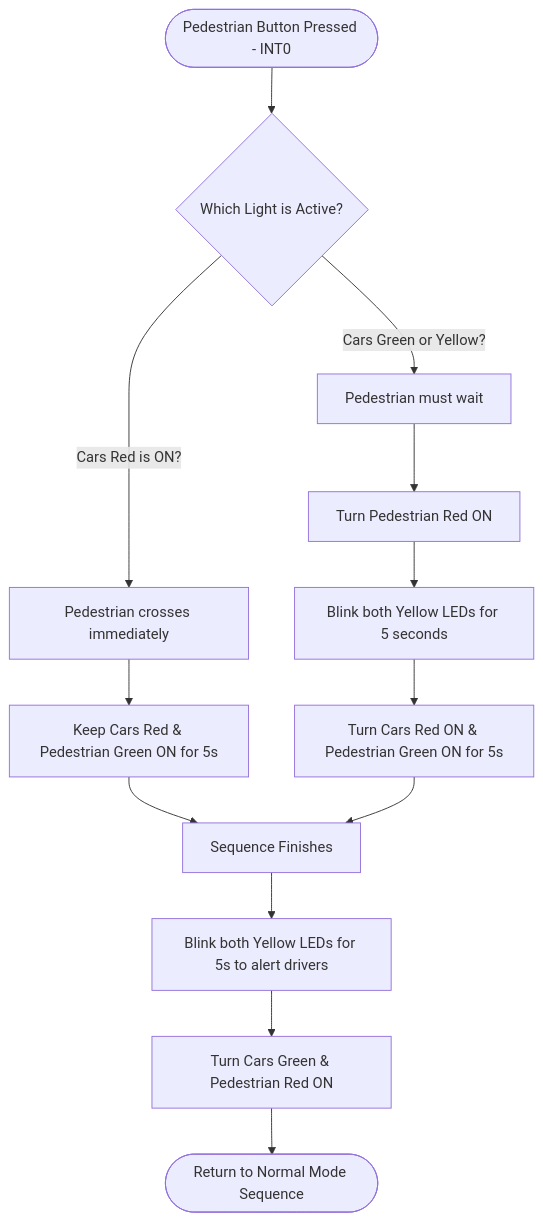
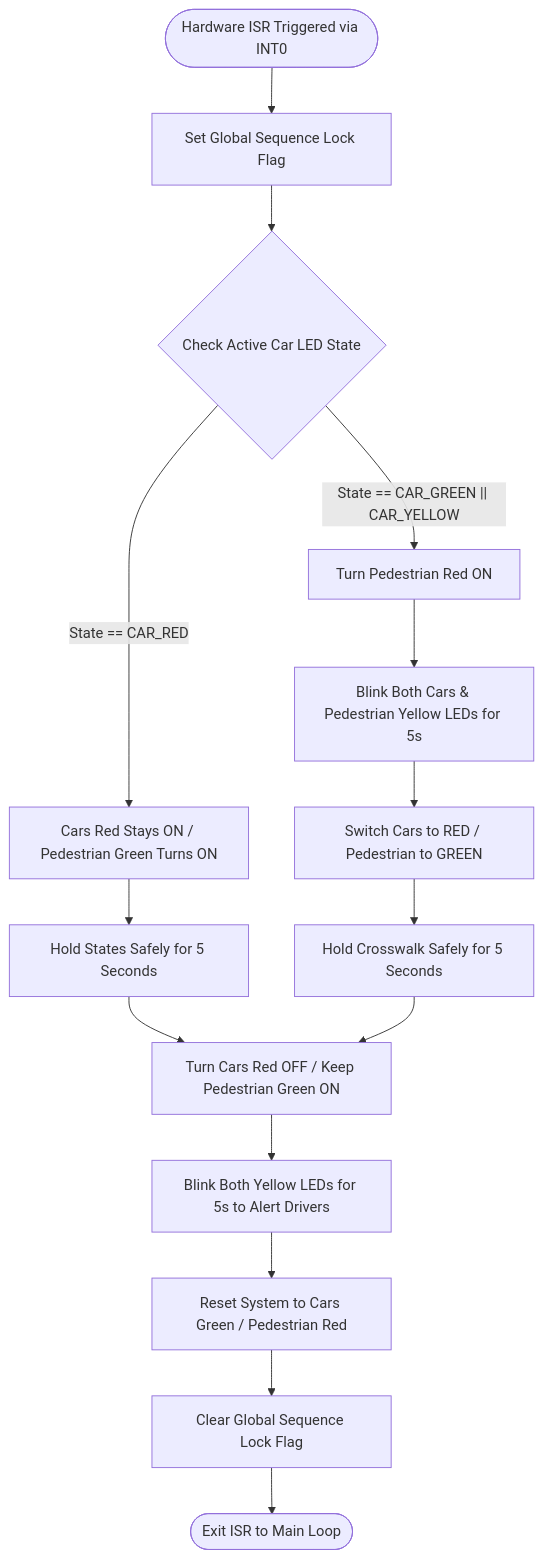
Before and after one commit to Mahmoud976/On-demand-Traffic-light-control: the third of 3 diagrams in README.md, drawn with Mermaid. The commit also changed other lines of this file and 2 other files, not shown here.

````diff
--- a/README.md
+++ b/README.md
@@ -69,21 +107,20 @@
 ```mermaid
 flowchart TD
-    Start([Pedestrian Button Pressed - INT0]) --> CheckState{Which Light is Active?}
+    ISR([Hardware ISR Triggered via INT0]) --> Lock[Set Global Sequence Lock Flag]
+    Lock --> Condition{Check Active Car LED State}
     
-    %% Case 1: Cars Red
-    CheckState -- Cars Red is ON? --> RedActive[Pedestrian crosses immediately]
-    RedActive --> HoldRed[Keep Cars Red & Pedestrian Green ON for 5s]
-    HoldRed --> EndRoutine
+    Condition -- State == CAR_RED --> ClearCross[Cars Red Stays ON / Pedestrian Green Turns ON]
+    ClearCross --> Hold5s_1[Hold States Safely for 5 Seconds]
+    Hold5s_1 --> TransitionSequence
     
-    %% Case 2: Cars Green or Yellow
-    CheckState -- Cars Green or Yellow? --> GreenYellowActive[Pedestrian must wait]
-    GreenYellowActive --> TurnPedRed[Turn Pedestrian Red ON]
-    TurnPedRed --> BlinkBoth[Blink both Yellow LEDs for 5 seconds]
-    BlinkBoth --> SwapLanes[Turn Cars Red ON & Pedestrian Green ON for 5s]
-    SwapLanes --> EndRoutine
-    
-    %% Reset Sequence
-    EndRoutine[Sequence Finishes] --> ResetYellow[Blink both Yellow LEDs for 5s to alert drivers]
-    ResetYellow --> ReturnNormal[Turn Cars Green & Pedestrian Red ON]
-    ReturnNormal --> Back([Return to Normal Mode Sequence])
+    Condition -- State == CAR_GREEN || CAR_YELLOW --> HaltCars[Turn Pedestrian Red ON]
+    HaltCars --> BlinkAllYellow[Blink Both Cars & Pedestrian Yellow LEDs for 5s]
+    BlinkAllYellow --> SwapToSafe[Switch Cars to RED / Pedestrian to GREEN]
+    SwapToSafe --> Hold5s_2[Hold Crosswalk Safely for 5 Seconds]
+    Hold5s_2 --> TransitionSequence
+
+    TransitionSequence[Turn Cars Red OFF / Keep Pedestrian Green ON] --> FinalBlink[Blink Both Yellow LEDs for 5s to Alert Drivers]
+    FinalBlink --> RestoreNormal[Reset System to Cars Green / Pedestrian Red]
+    RestoreNormal --> Unlock[Clear Global Sequence Lock Flag]
+    Unlock --> Return([Exit ISR to Main Loop])
 ```
````
